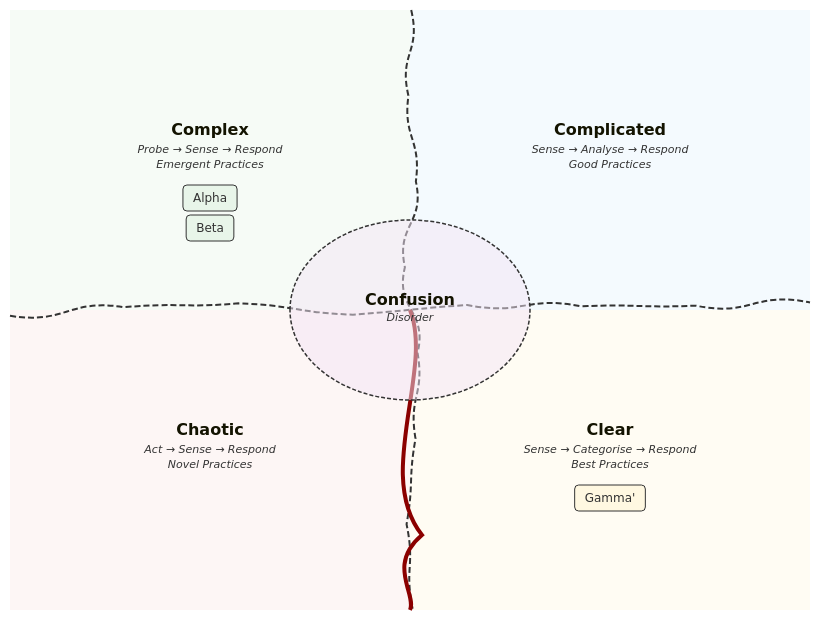
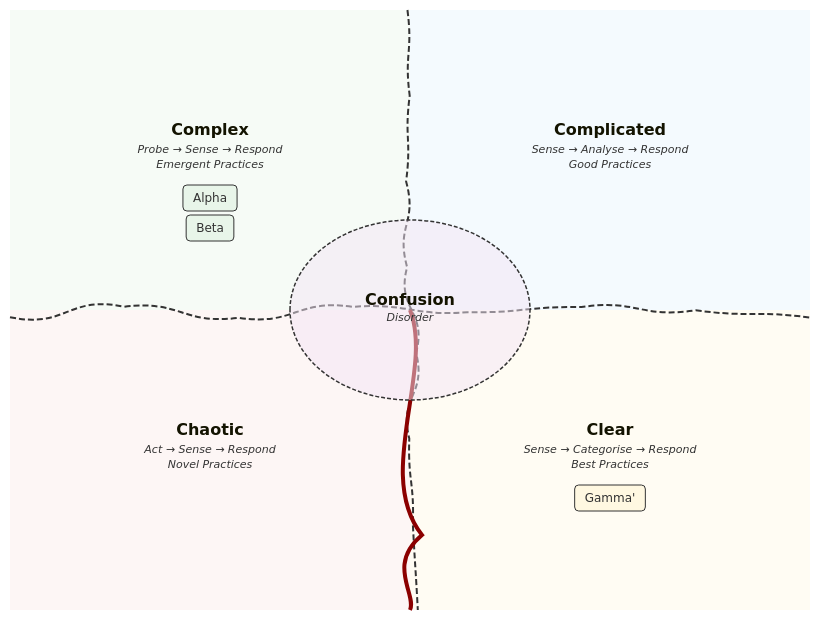
The third of 28 diagrams in packages/prettier-plugin-mmd/docs/cynefin.ja.md (mmd-toolkit/mmd-toolkit), drawn with Mermaid before and after one commit. The commit also changed other lines of this file and 2180 other files, not shown here.

First line of the commit message:
Print whitespace and spellings that mermaid.js draws the same in one form (#68)

````diff
--- a/packages/prettier-plugin-mmd/docs/cynefin.ja.md
+++ b/packages/prettier-plugin-mmd/docs/cynefin.ja.md
@@ -157,8 +165,8 @@
 ```mmd
 cynefin-beta
   complex
     "Alpha"
-    'Beta'
+    "Beta"
   clear
     "Gamma'"
 ```
````
